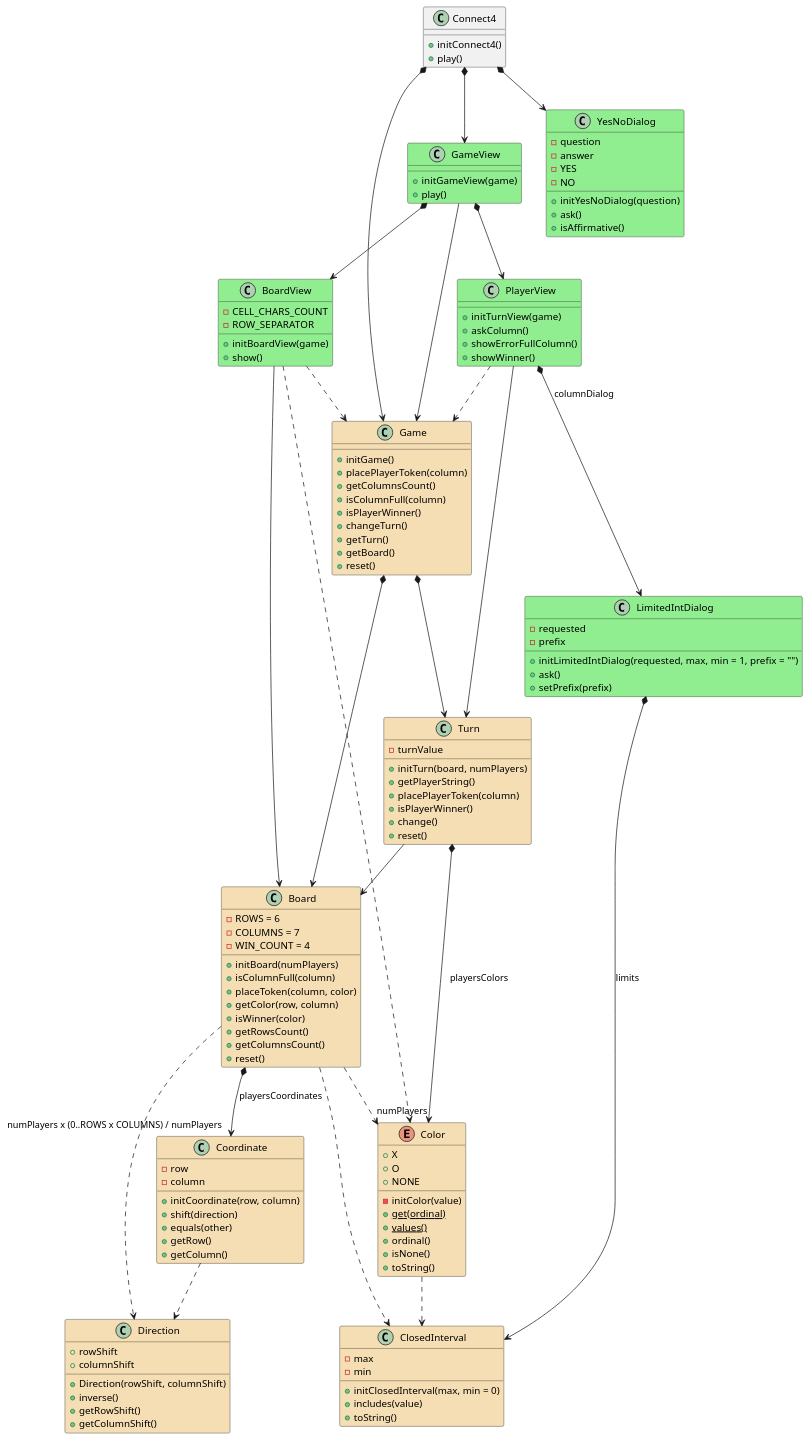
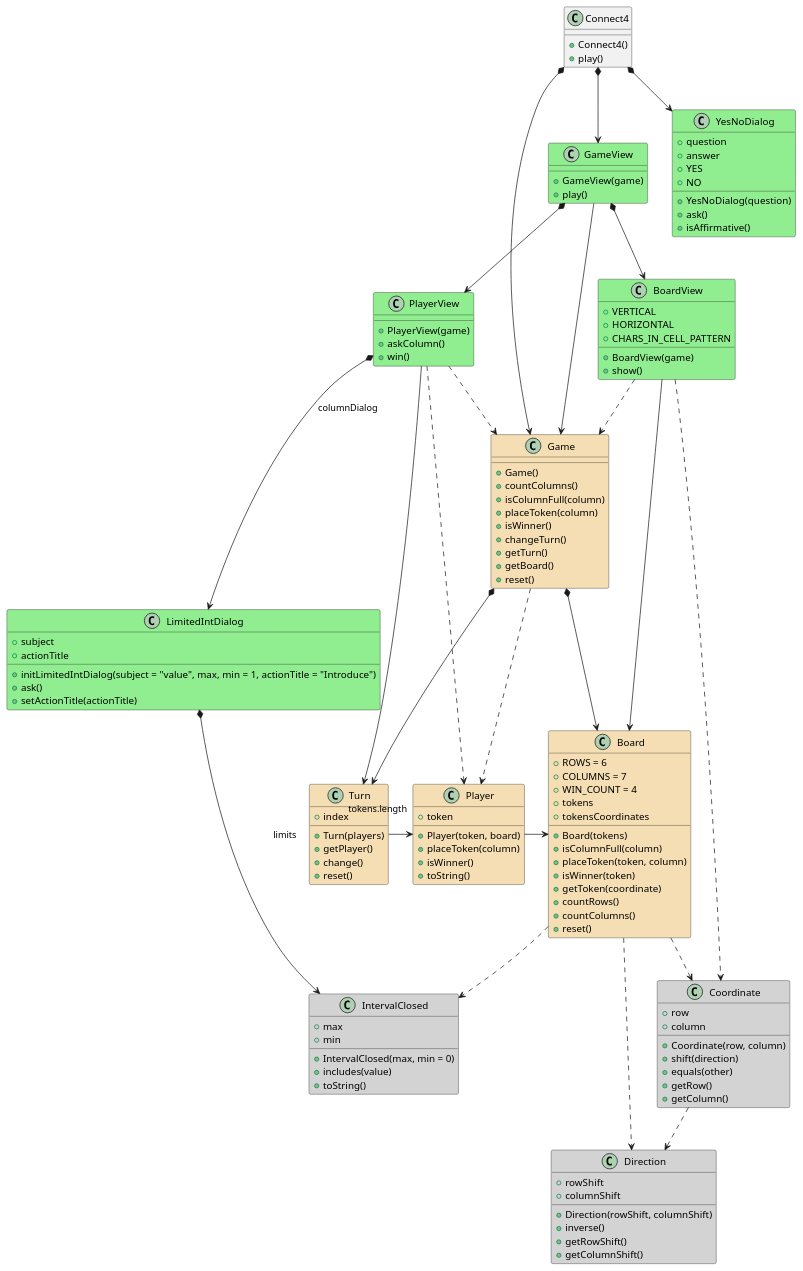
Before and after one commit to PabloMartinFluvia/myGame-connect4: the diagram in docs/dev-resume/src/analysis.plantuml, drawn with PlantUML. The commit also changed 3 other files, not shown here.

```diff
--- a/docs/dev-resume/src/analysis.plantuml
+++ b/docs/dev-resume/src/analysis.plantuml
@@ -1,163 +1,191 @@
 @startuml analysis
 
 class Connect4 {
 
-    + initConnect4()
+    + Connect4()
     + play()
 }
-Connect4 *--> Game
-Connect4 *--> GameView
-Connect4 *--> YesNoDialog
+Connect4 *-down-> Game
+Connect4 *-down-> GameView
+Connect4 *-down-> YesNoDialog
 
-class YesNoDialog #LightGreen {  
-    - question
-    - answer   
-    - YES
-    - NO
+class YesNoDialog #LightGreen {      
+    + question
+    + answer  
+    + YES
+    + NO     
 
-    + initYesNoDialog(question)
+    + YesNoDialog(question)
     + ask()
     + isAffirmative()
 }
 
-
-
-
-
-
-
 class GameView #LightGreen {
-    + initGameView(game)
+    + GameView(game)
     + play()
 }
-GameView --> Game
-GameView *--> PlayerView
-GameView *--> BoardView
+GameView -right-> Game
+GameView *-down-> PlayerView
+GameView *-down-> BoardView
 
-class Game #Wheat{     
+class Game #Wheat{  
 
-    + initGame()
-    + placePlayerToken(column)
-    + getColumnsCount()
+    + Game()
+    + countColumns()
     + isColumnFull(column)
-    + isPlayerWinner()    
+    + placeToken(column)
+    + isWinner() 
     + changeTurn()
     + getTurn()
     + getBoard()
     + reset()
 }
-Game *--> Turn
-Game *--> Board
-
-class PlayerView #LightGreen {
-    + initTurnView(game)
-    + askColumn()
-    + showErrorFullColumn()
-    + showWinner()
-}
-PlayerView --> Turn
-PlayerView ..> Game
-PlayerView *--> LimitedIntDialog : columnDialog
+Game *-down-> Turn
+Game *-down-> Board
+Game ..> Player
 
 class Turn #Wheat{
-    - turnValue
+    + index
 
-    + initTurn(board, numPlayers)  
-    + getPlayerString()      
-    + placePlayerToken(column)        
-    + isPlayerWinner()
+    + Turn(players)  
+    + getPlayer()  
     + change()   
     + reset() 
 }
-Turn *--> "numPlayers" Color : playersColors
-Turn --> Board
+Turn -right-> "tokens.length" Player
 
-class BoardView #LightGreen {
-    - CELL_CHARS_COUNT
-    - ROW_SEPARATOR
 
-    + initBoardView(game)
-    + show()
+class PlayerView #LightGreen {
+    + PlayerView(game)
+    + askColumn()
+    + win()
 }
-BoardView --> Board
-BoardView ..> Color
-BoardView ..> Game
+PlayerView ..> Game
+PlayerView -right-> Turn
+PlayerView ..> Player
+PlayerView *-down-> LimitedIntDialog : columnDialog
 
-class Board #Wheat{
-    - ROWS = 6
-    - COLUMNS = 7
-    - WIN_COUNT = 4
+class LimitedIntDialog #LightGreen {
+    + subject
+    + actionTitle
     
-    + initBoard(numPlayers)
-    + isColumnFull(column)
-    + placeToken(column, color)
-    + getColor(row, column)
-    + isWinner(color)    
-    + getRowsCount()
-    + getColumnsCount()
-    + reset()
+    + initLimitedIntDialog(subject = "value", max, min = 1, actionTitle = "Introduce") 
+    + ask()
+    + setActionTitle(actionTitle)
 }
-Board *--> "numPlayers x (0..ROWS x COLUMNS) / numPlayers" Coordinate : playersCoordinates
-Board ..> ClosedInterval
-Board ..> Direction
-Board ..> Color
+LimitedIntDialog *-down-> IntervalClosed : limits
 
-class Coordinate #Wheat{
-    - row
-    - column 
+class IntervalClosed #LightGray{
+    + max
+    + min
 
-    + initCoordinate(row, column)
-    + shift(direction)
-    + equals(other)   
-    + getRow()
-    + getColumn()
-}
-Coordinate ..> Direction
-
-class ClosedInterval #Wheat{
-    - max
-    - min
-
-    + initClosedInterval(max, min = 0)
+    + IntervalClosed(max, min = 0)
     + includes(value)
     + toString()
 }
 
-class Direction #Wheat{
+class Player #Wheat{
+    + token
+
+    + Player(token, board)
+    + placeToken(column)
+    + isWinner()
+    + toString()
+}
+Player -right-> Board
+
+class Board #Wheat{
+    + ROWS = 6
+    + COLUMNS = 7
+    + WIN_COUNT = 4
+    + tokens
+    + tokensCoordinates
+    
+    + Board(tokens)
+    + isColumnFull(column)
+    + placeToken(token, column)
+    + isWinner(token)  
+    + getToken(coordinate) 
+    + countRows()
+    + countColumns()
+    + reset()    
+}
+Board ..> IntervalClosed
+Board ..> Coordinate
+Board ..> Direction
+
+class Direction #LightGray{
     + rowShift
     + columnShift
 
     + Direction(rowShift, columnShift)
     + inverse()
     + getRowShift()
     + getColumnShift()
 }
+
+class Coordinate #LightGray{
+    + row
+    + column 
+
+    + Coordinate(row, column)
+    + shift(direction)
+    + equals(other)   
+    + getRow()
+    + getColumn()
+}
+Coordinate ..> Direction
+
+class BoardView #LightGreen {
+    + VERTICAL
+    + HORIZONTAL
+    + CHARS_IN_CELL_PATTERN
+
+    + BoardView(game)
+    + show()
+}
+BoardView -right-> Board
+BoardView ..> Game
+BoardView ..> Coordinate
+
+/'
+
+
+
+
+
+
+
+
+
+
+
+
+
+
+
+
+
+
 
 
 enum Color #Wheat{
     + X
     + O   
     + NONE 
 
     - initColor(value)
     + {static} get(ordinal) 
     + {static} values()  
     + ordinal()
     + isNone()
     + toString()
 }
 Color ..> ClosedInterval
 
 
 
-class LimitedIntDialog #LightGreen {
-    - requested
-    - prefix
-    
-    + initLimitedIntDialog(requested, max, min = 1, prefix = "") 
-    + ask()
-    + setPrefix(prefix)
-}
-LimitedIntDialog *--> ClosedInterval : limits
+
+'/
 
 @enduml
```
